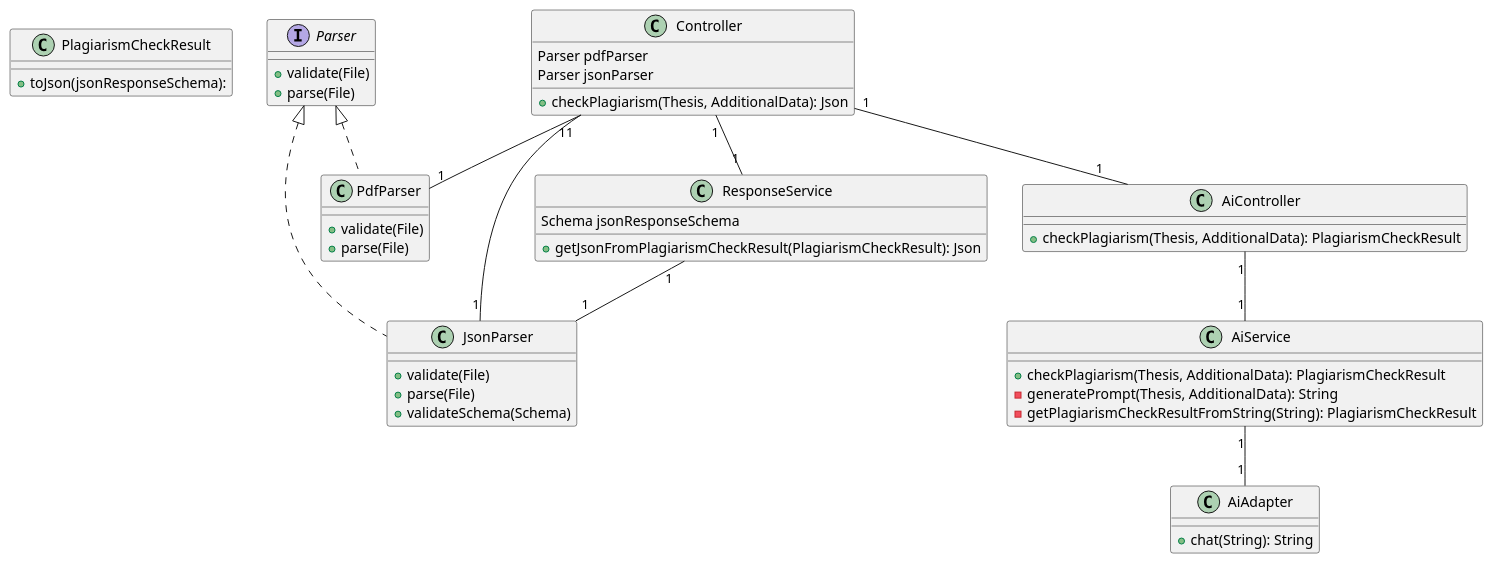
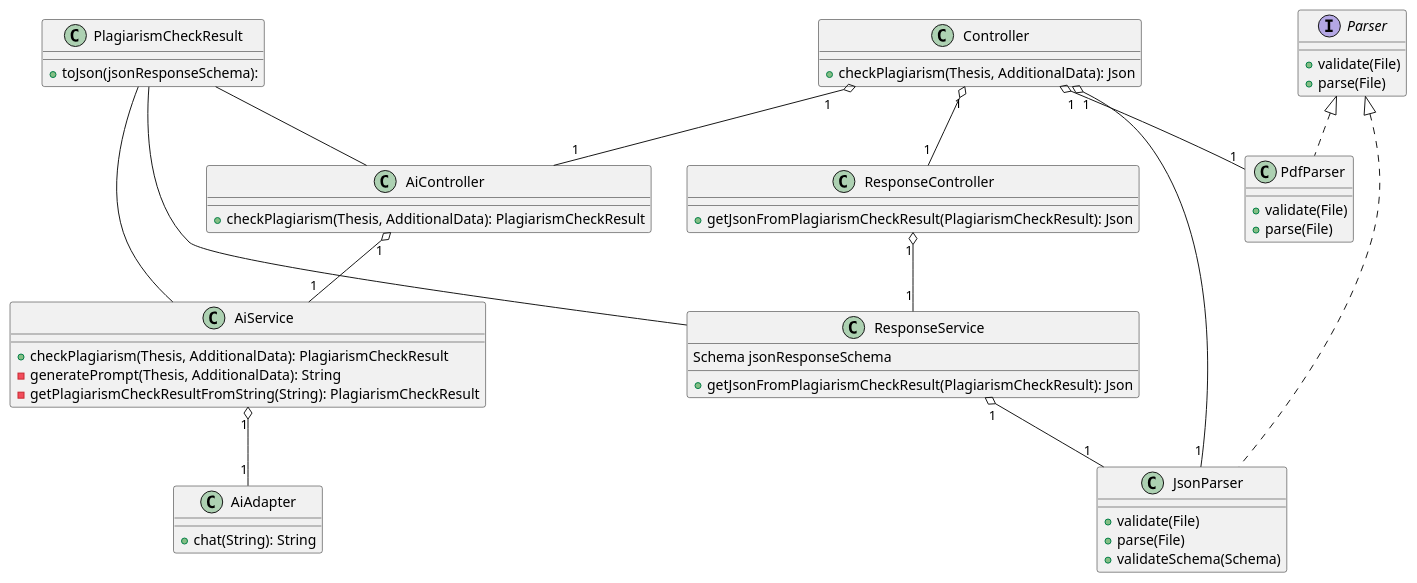
The diagram in diagrams/classes.puml (DHBW-FN/ti21-sweng2), drawn with PlantUML before and after one commit. The commit also changed 1 other file, not shown here.

Commit message:
feat(diagrams): Fix diagrams

```diff
--- a/diagrams/classes.puml
+++ b/diagrams/classes.puml
@@ -1,54 +1,61 @@
 @startuml Klassendiagramm
 class PlagiarismCheckResult {
     +toJson(jsonResponseSchema):
 }
 
 interface Parser {
     +validate(File)
     +parse(File)
 }
 
 class PdfParser implements Parser {
     +validate(File)
     +parse(File)
 }
 
 class JsonParser implements Parser {
     +validate(File)
     +parse(File)
     +validateSchema(Schema)
 }
 
 class Controller {
-    Parser pdfParser
-    Parser jsonParser
     +checkPlagiarism(Thesis, AdditionalData): Json
 }
 
 class AiController {
     +checkPlagiarism(Thesis, AdditionalData): PlagiarismCheckResult
 }
 
 class AiService {
     +checkPlagiarism(Thesis, AdditionalData): PlagiarismCheckResult
     -generatePrompt(Thesis, AdditionalData): String
     -getPlagiarismCheckResultFromString(String): PlagiarismCheckResult
 }
 
 class AiAdapter {
     +chat(String): String
 }
 
+class ResponseController {
+    +getJsonFromPlagiarismCheckResult(PlagiarismCheckResult): Json
+}
+
 class ResponseService {
     Schema jsonResponseSchema
     +getJsonFromPlagiarismCheckResult(PlagiarismCheckResult): Json
 }
 
-Controller "1" -- "1" PdfParser
-Controller "1" -- "1" JsonParser
-Controller "1" -- "1" AiController
-AiController "1" -- "1" AiService
-AiService "1" -- "1" AiAdapter
-Controller "1" -- "1" ResponseService
-ResponseService "1" -- "1" JsonParser
+Controller "1" o-- "1" PdfParser
+Controller "1" o-- "1" JsonParser
+Controller "1" o-- "1" AiController
+AiController "1" o-- "1" AiService
+AiService "1" o-- "1" AiAdapter
+Controller "1" o-- "1" ResponseController
+ResponseController "1" o-- "1" ResponseService
+ResponseService "1" o-- "1" JsonParser
+
+PlagiarismCheckResult -- AiController
+PlagiarismCheckResult -- AiService
+PlagiarismCheckResult -- ResponseService
 @enduml
```
